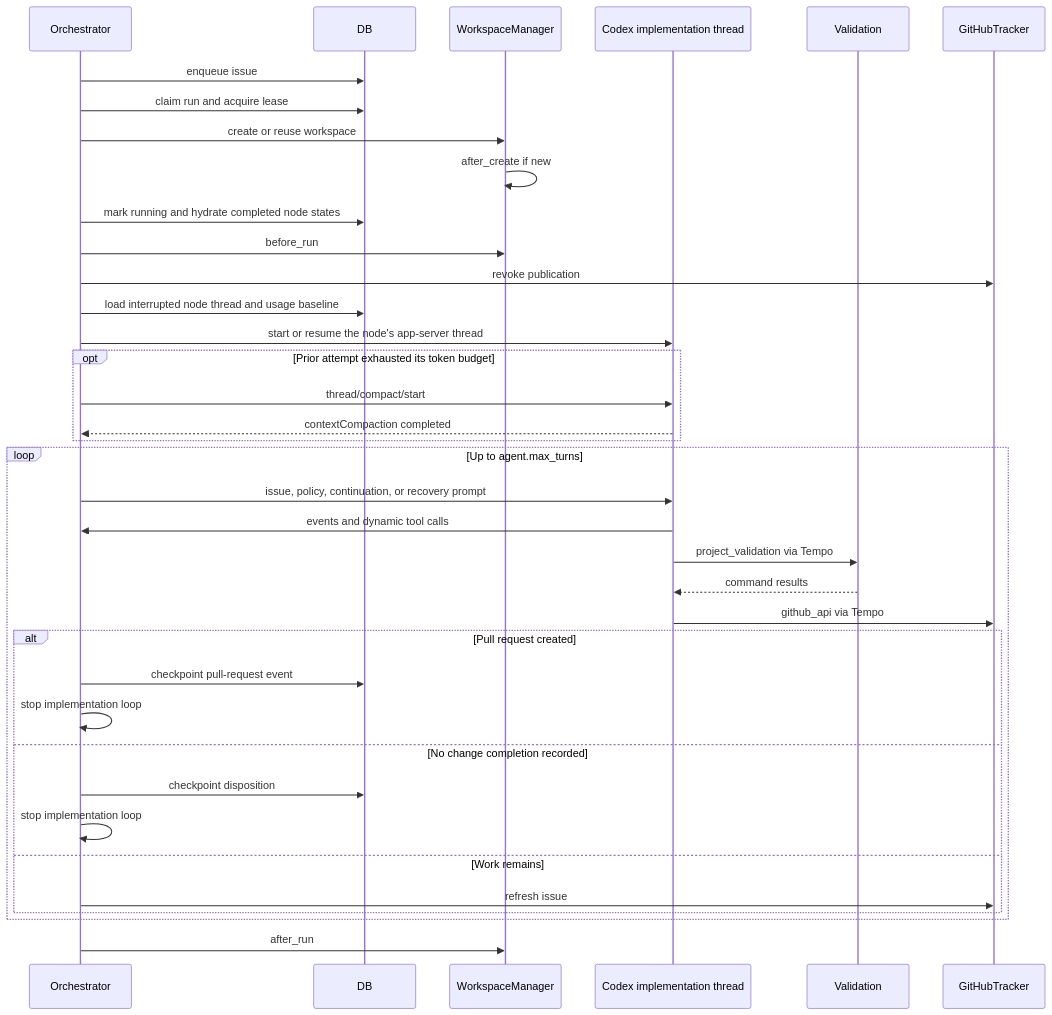
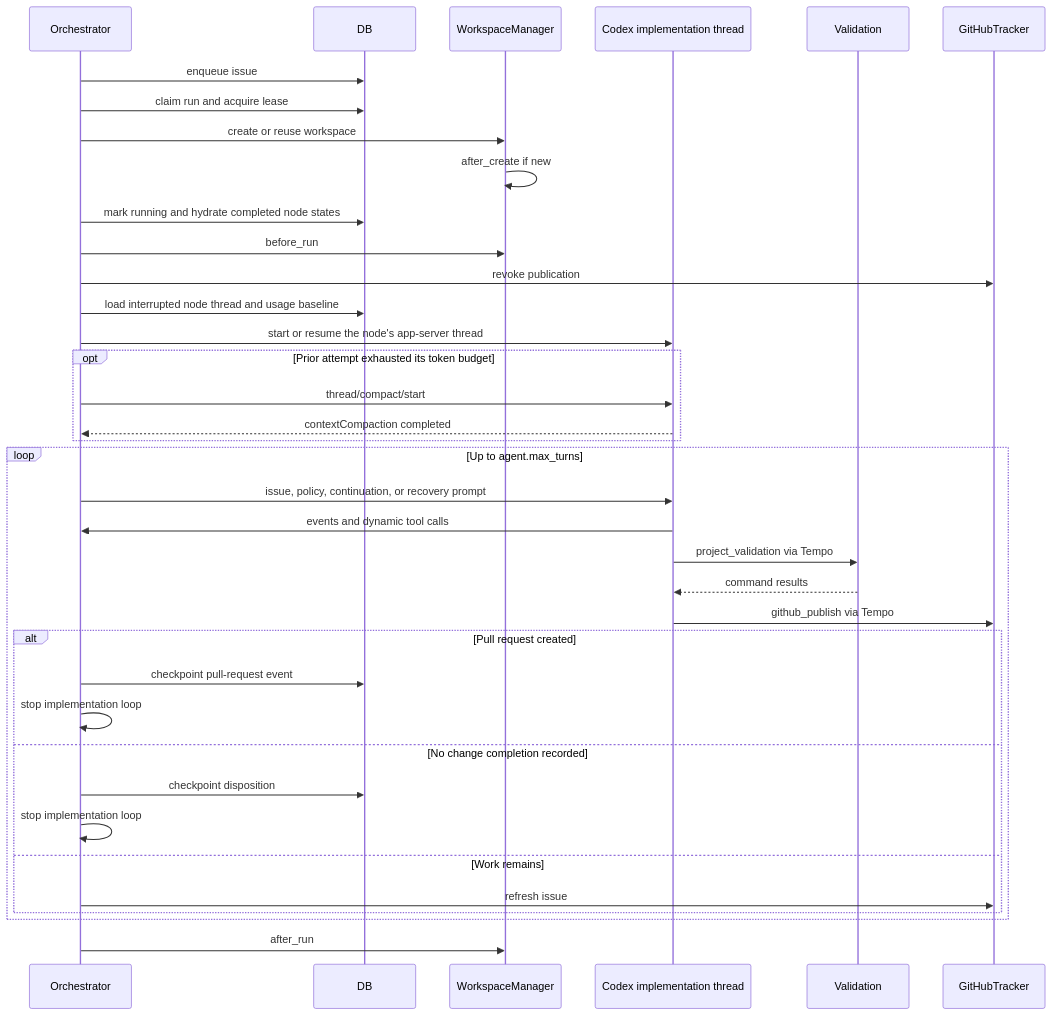
The seventh of 12 diagrams in docs/ARCHITECTURE.md (mahfouzalsheikh/tempo), drawn with Mermaid before and after one commit. The commit also changed other lines of this file and 14 other files, not shown here.

````diff
--- a/docs/ARCHITECTURE.md
+++ b/docs/ARCHITECTURE.md
@@ -390,40 +390,40 @@
 ```mermaid
 sequenceDiagram
     participant O as Orchestrator
     participant DB
     participant WS as WorkspaceManager
     participant C as Codex implementation thread
     participant V as Validation
     participant G as GitHubTracker
 
     O->>DB: enqueue issue
     O->>DB: claim run and acquire lease
     O->>WS: create or reuse workspace
     WS->>WS: after_create if new
     O->>DB: mark running and hydrate completed node states
     O->>WS: before_run
     O->>G: revoke publication
     O->>DB: load interrupted node thread and usage baseline
     O->>C: start or resume the node's app-server thread
     opt Prior attempt exhausted its token budget
         O->>C: thread/compact/start
         C-->>O: contextCompaction completed
     end
     loop Up to agent.max_turns
         O->>C: issue, policy, continuation, or recovery prompt
         C->>O: events and dynamic tool calls
         C->>V: project_validation via Tempo
         V-->>C: command results
-        C->>G: github_api via Tempo
+        C->>G: github_publish via Tempo
         alt Pull request created
             O->>DB: checkpoint pull-request event
             O->>O: stop implementation loop
         else No change completion recorded
             O->>DB: checkpoint disposition
             O->>O: stop implementation loop
         else Work remains
             O->>G: refresh issue
         end
     end
     O->>WS: after_run
 ```
````
